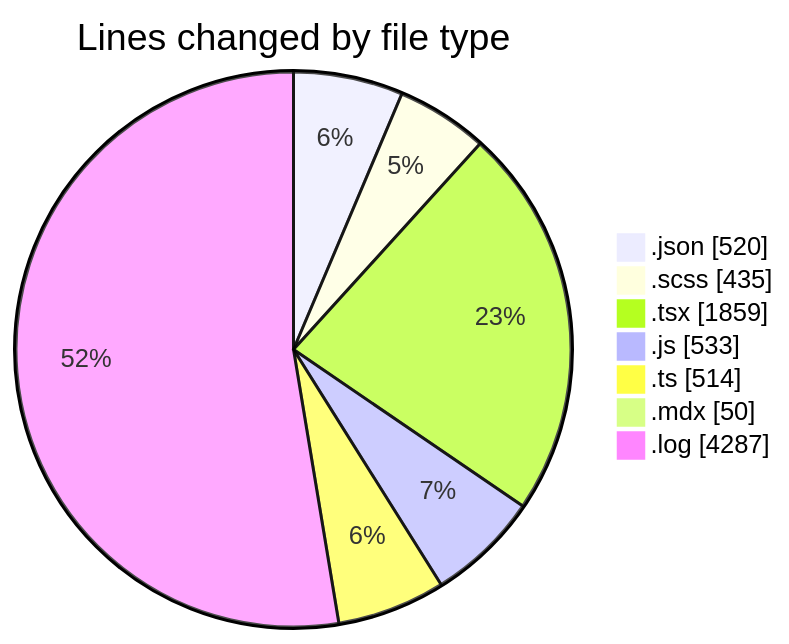
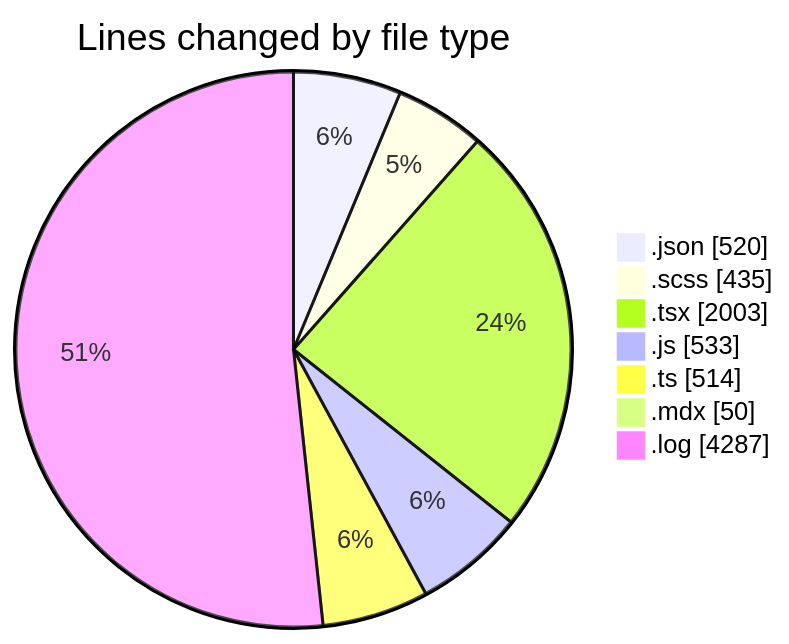
One commit to momahboobian/code-tracking changed the first of 2 diagrams in 2026-04-20/cda/README.md. Above: the diagram before and after it, drawn with Mermaid. The commit also changed other lines of this file and 1 other file, not shown here.

````diff
--- a/2026-04-20/cda/README.md
+++ b/2026-04-20/cda/README.md
@@ -40,11 +40,11 @@
 ```mermaid
 pie showData
 title Lines changed by file type
 ".json" : 520
 ".scss" : 435
-".tsx" : 1859
+".tsx" : 2003
 ".js" : 533
 ".ts" : 514
 ".mdx" : 50
 ".log" : 4287
 ```
````
